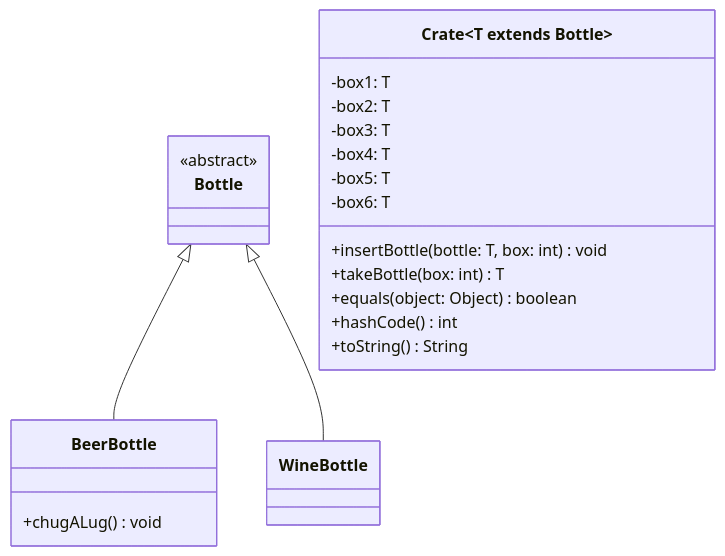
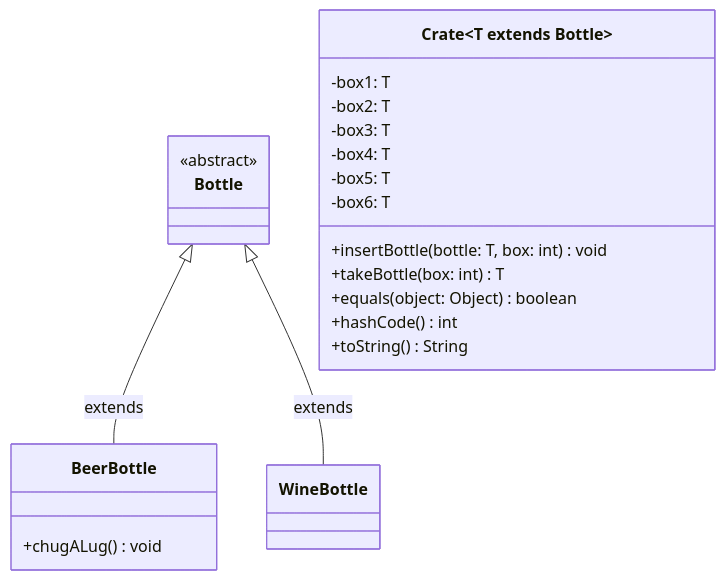
Before and after one commit to jappuccini/java-docs: the diagram in docs/exercises/generics/generics02.mdx, drawn with Mermaid. The commit also changed 36 other files, not shown here.

````diff
--- a/docs/exercises/generics/generics02.mdx
+++ b/docs/exercises/generics/generics02.mdx
@@ -15,31 +15,31 @@
 ```mermaid
 classDiagram
-    Bottle <|-- BeerBottle
-    Bottle <|-- WineBottle
+    Bottle <|-- BeerBottle : extends
+    Bottle <|-- WineBottle : extends
 
     class Crate~T extends Bottle~ {
         -box1: T
         -box2: T
         -box3: T
         -box4: T
         -box5: T
         -box6: T
         +insertBottle(bottle: T, box: int) void
         +takeBottle(box: int) T
         +equals(object: Object) boolean
         +hashCode() int
         +toString() String
     }
 
     class Bottle {
         <<abstract>>
     }
 
     class BeerBottle {
         +chugALug() void
     }
 
     class WineBottle {
 
     }
 ```
````
